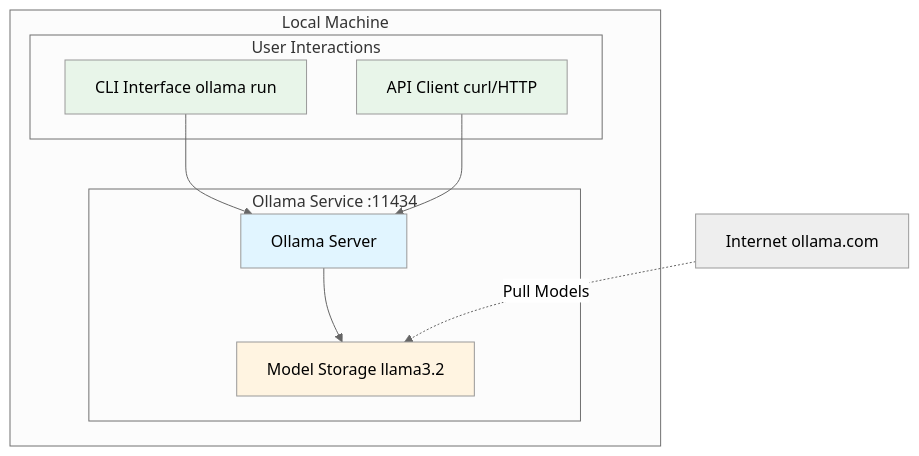
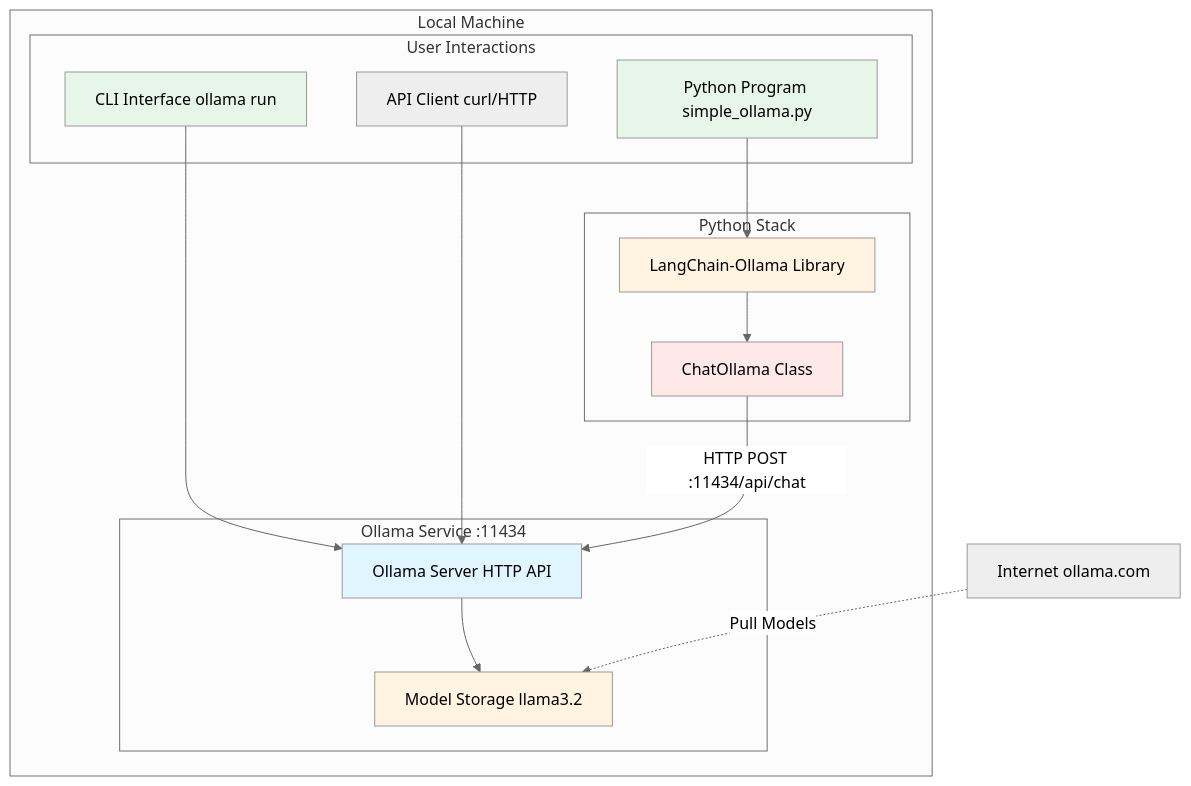
One commit to skillrepos/ai-3in1 changed the first of 5 diagrams in docs/architecture-lab1.md. Above: the diagram before and after it, drawn with Mermaid (neutral theme). The commit also changed other lines of this file, not shown here.

Commit message:
update architecture for lab 1

````diff
--- a/docs/architecture-lab1.md
+++ b/docs/architecture-lab1.md
@@ -8,25 +8,36 @@
 ```mermaid
 graph TB
     subgraph "Local Machine"
         subgraph "Ollama Service :11434"
-            OllamaServer[Ollama Server]
+            OllamaServer[Ollama Server HTTP API]
             ModelStore[Model Storage llama3.2]
         end
 
         subgraph "User Interactions"
             CLI[CLI Interface ollama run]
+            Python[Python Program simple_ollama.py]
             CURL[API Client curl/HTTP]
+        end
+
+        subgraph "Python Stack"
+            LangChain[LangChain-Ollama Library]
+            ChatOllama[ChatOllama Class]
+            Python --> LangChain
+            LangChain --> ChatOllama
         end
 
         OllamaServer --> ModelStore
         CLI --> OllamaServer
         CURL --> OllamaServer
+        ChatOllama -->|HTTP POST :11434/api/chat| OllamaServer
     end
 
     Internet[Internet ollama.com] -.->|Pull Models| ModelStore
 
     style OllamaServer fill:#e1f5ff
     style ModelStore fill:#fff4e1
     style CLI fill:#e8f5e9
-    style CURL fill:#e8f5e9
+    style Python fill:#e8f5e9
+    style LangChain fill:#fff4e1
+    style ChatOllama fill:#ffe8e8
 ```
````
